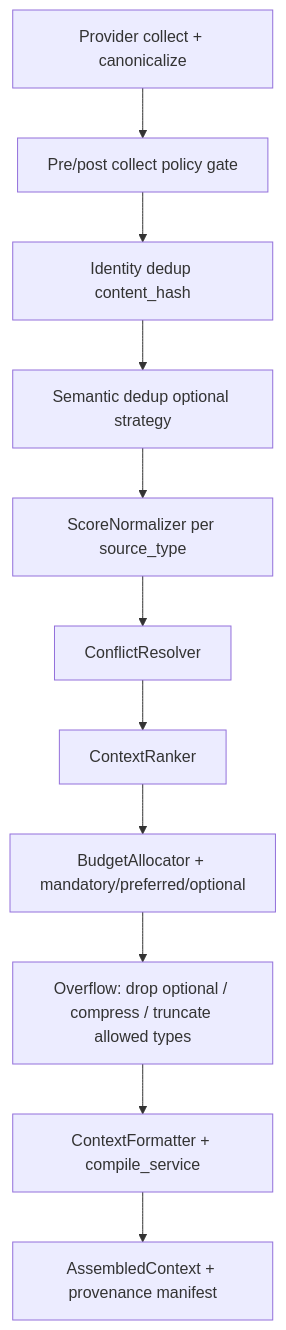
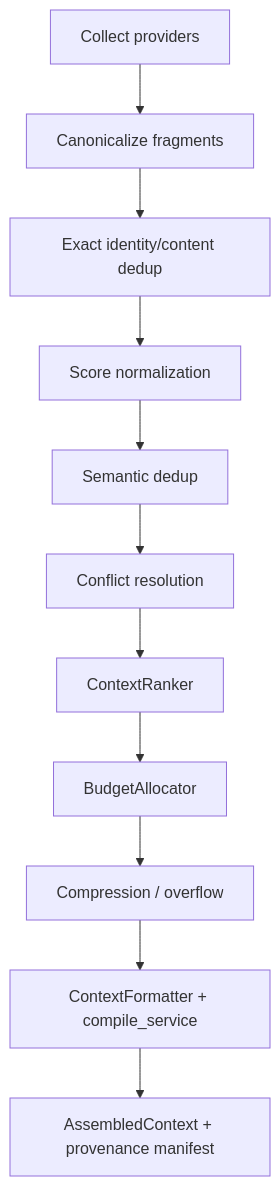
One commit to jakbuczarnecki/intergrax changed the fourth of 5 diagrams in docs/project/technical/adr/entries/2026-09-17/ADR-MEM-XINT-002.md. Above: the diagram before and after it, drawn with Mermaid. The commit also changed other lines of this file, not shown here.

First line of the commit message:
docs(architecture): close typed context source boundary

````diff
--- a/docs/project/technical/adr/entries/2026-09-17/ADR-MEM-XINT-002.md
+++ b/docs/project/technical/adr/entries/2026-09-17/ADR-MEM-XINT-002.md
@@ -195,14 +198,14 @@
 ```mermaid
 flowchart TD
-    COL[Provider collect + canonicalize]
-    COL --> PRE[Pre/post collect policy gate]
-    PRE --> HASH[Identity dedup content_hash]
-    HASH --> SEM[Semantic dedup optional strategy]
-    SEM --> NORM[ScoreNormalizer per source_type]
-    NORM --> CONF[ConflictResolver]
+    COL[Collect providers]
+    COL --> CAN[Canonicalize fragments]
+    CAN --> EXD[Exact identity/content dedup]
+    EXD --> NORM[Score normalization]
+    NORM --> SEM[Semantic dedup]
+    SEM --> CONF[Conflict resolution]
     CONF --> RANK[ContextRanker]
-    RANK --> ALLOC[BudgetAllocator + mandatory/preferred/optional]
-    ALLOC --> OVER[Overflow: drop optional / compress / truncate allowed types]
-    OVER --> FMT[ContextFormatter + compile_service]
+    RANK --> ALLOC[BudgetAllocator]
+    ALLOC --> OVF[Compression / overflow]
+    OVF --> FMT[ContextFormatter + compile_service]
     FMT --> OUT[AssembledContext + provenance manifest]
 ```
````
